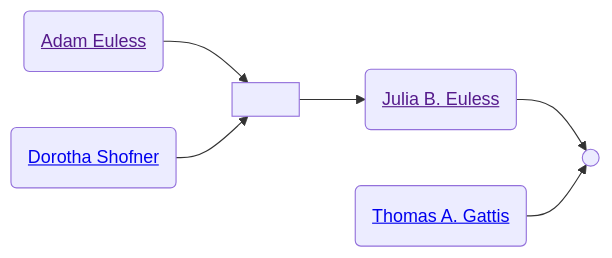
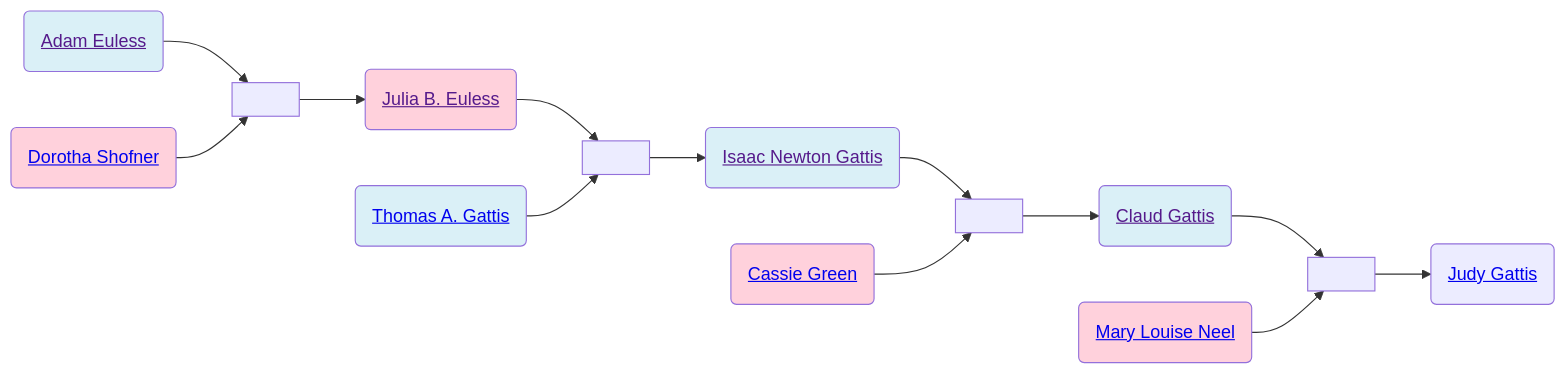
One commit to neelsmith/avocational changed the second of 2 diagrams in familyhistory/sources/people/Gattis-line/Euless-line/Adam_Euless.qmd. Above: the diagram before and after it, drawn with Mermaid. The commit also changed other lines of this file and 91 other files, not shown here.

Commit message:
Rebuild descendant diagrams

````diff
--- a/familyhistory/sources/people/Gattis-line/Euless-line/Adam_Euless.qmd
+++ b/familyhistory/sources/people/Gattis-line/Euless-line/Adam_Euless.qmd
@@ -42,14 +43,32 @@
 ```{mermaid}
 graph LR
+%% LR descendant diagram
 class Adam_Euless_and_Dorotha_Shofner marriage
 Adam_Euless(<a href=''>Adam Euless</>) --> Adam_Euless_and_Dorotha_Shofner[ ]
 Dorotha_Shofner(<a href='./Dorotha_Shofner.html'>Dorotha Shofner</>) --> Adam_Euless_and_Dorotha_Shofner(( ))
+class Adam_Euless father
+class Dorotha_Shofner mother
 Adam_Euless_and_Dorotha_Shofner[ ] --> Julia_B._Euless(<a href='./Julia_B._Euless.html'>Julia B. Euless</>)
 class Julia_B._Euless_and_Thomas_A._Gattis marriage
 Julia_B._Euless(<a href=''>Julia B. Euless</>) --> Julia_B._Euless_and_Thomas_A._Gattis[ ]
 Thomas_A._Gattis(<a href='./../Thomas_A._Gattis.html'>Thomas A. Gattis</>) --> Julia_B._Euless_and_Thomas_A._Gattis(( ))
+class Thomas_A._Gattis father
+class Julia_B._Euless mother
+Julia_B._Euless_and_Thomas_A._Gattis[ ] --> Isaac_Newton_Gattis(<a href='./../Isaac_Newton_Gattis.html'>Isaac Newton Gattis</>)
+class Isaac_Newton_Gattis_and_Cassie_Green marriage
+Isaac_Newton_Gattis(<a href=''>Isaac Newton Gattis</>) --> Isaac_Newton_Gattis_and_Cassie_Green[ ]
+Cassie_Green(<a href='./Green-line/Cassie_Green.html'>Cassie Green</>) --> Isaac_Newton_Gattis_and_Cassie_Green(( ))
+class Isaac_Newton_Gattis father
+class Cassie_Green mother
+Isaac_Newton_Gattis_and_Cassie_Green[ ] --> Claud_Gattis(<a href='./Claud_Gattis.html'>Claud Gattis</>)
+class Claud_Gattis_and_Mary_Louise_Neel marriage
+Claud_Gattis(<a href=''>Claud Gattis</>) --> Claud_Gattis_and_Mary_Louise_Neel[ ]
+Mary_Louise_Neel(<a href='./../Neel-line/Mary_Louise_Neel.html'>Mary Louise Neel</>) --> Claud_Gattis_and_Mary_Louise_Neel(( ))
+class Claud_Gattis father
+class Mary_Louise_Neel mother
+Claud_Gattis_and_Mary_Louise_Neel[ ] --> Judy_Gattis(<a href='./Judy_Gattis.html'>Judy Gattis</>)
 classDef mother fill:#ffd1dc
 classDef father fill:#daf0f7  
 classDef marriage fill:#ffffff
 
 ```
````
